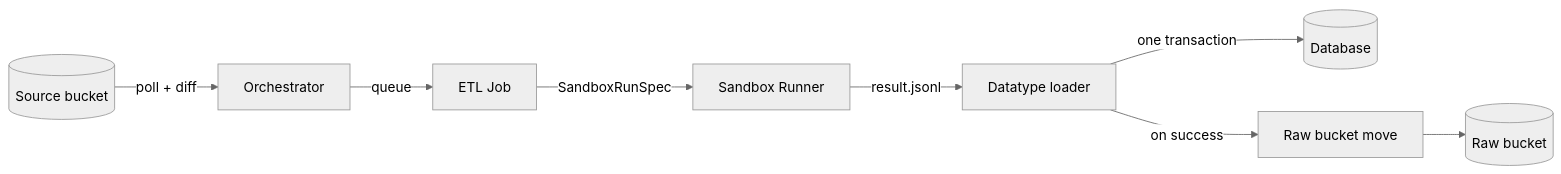
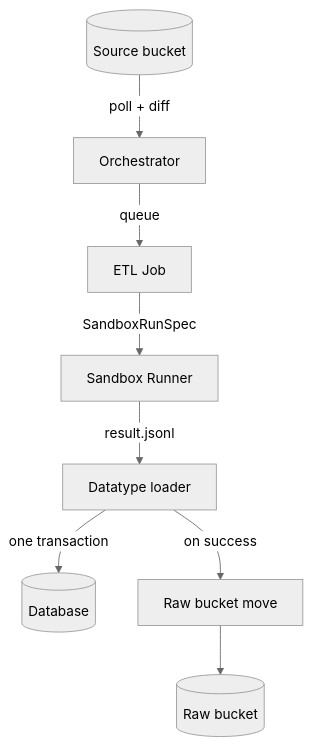
The first of 2 diagrams in src/MiqaResearch/documentation/manuals/technical/src/etl.md (SPRINTR-PC/miqa-research), drawn with Mermaid (neutral theme) before and after one commit. The commit also changed other lines of this file and 130 other files, not shown here.

````diff
--- a/src/MiqaResearch/documentation/manuals/technical/src/etl.md
+++ b/src/MiqaResearch/documentation/manuals/technical/src/etl.md
@@ -14,10 +14,10 @@
 ```{mermaid}
-flowchart LR
+flowchart TD
     SRC[(Source bucket)] -->|poll + diff| ORCH[Orchestrator]
     ORCH -->|queue| JOB[ETL Job]
     JOB -->|SandboxRunSpec| SB[Sandbox Runner]
     SB -->|result.jsonl| LOAD[Datatype loader]
     LOAD -->|one transaction| DB[(Database)]
     LOAD -->|on success| MOVE[Raw bucket move]
     MOVE --> RAW[(Raw bucket)]
 ```
````
